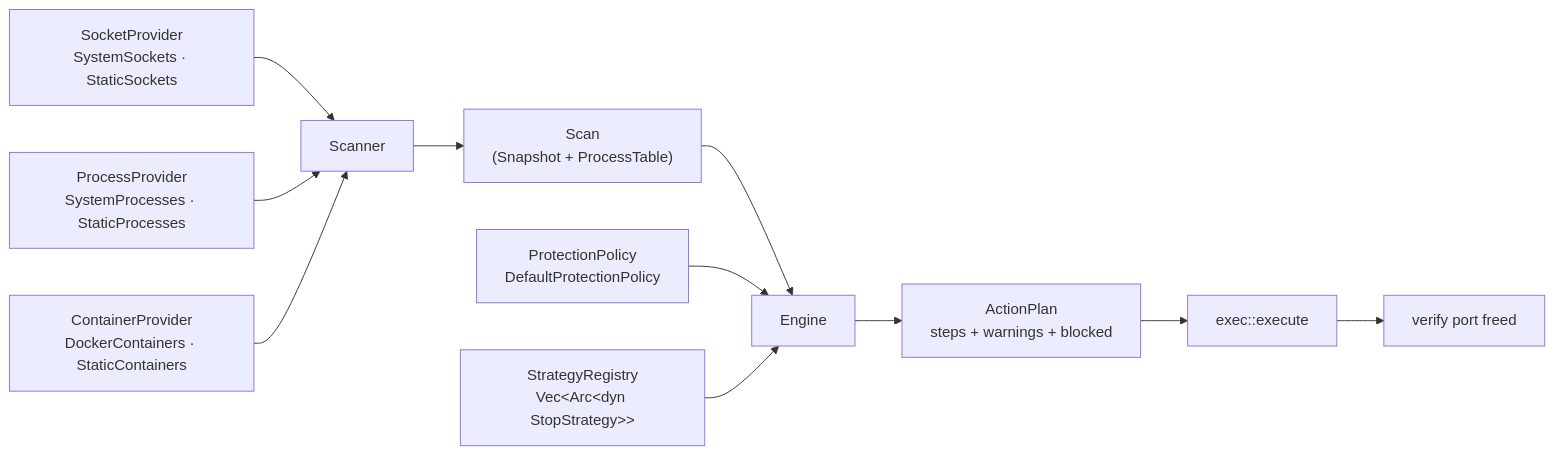
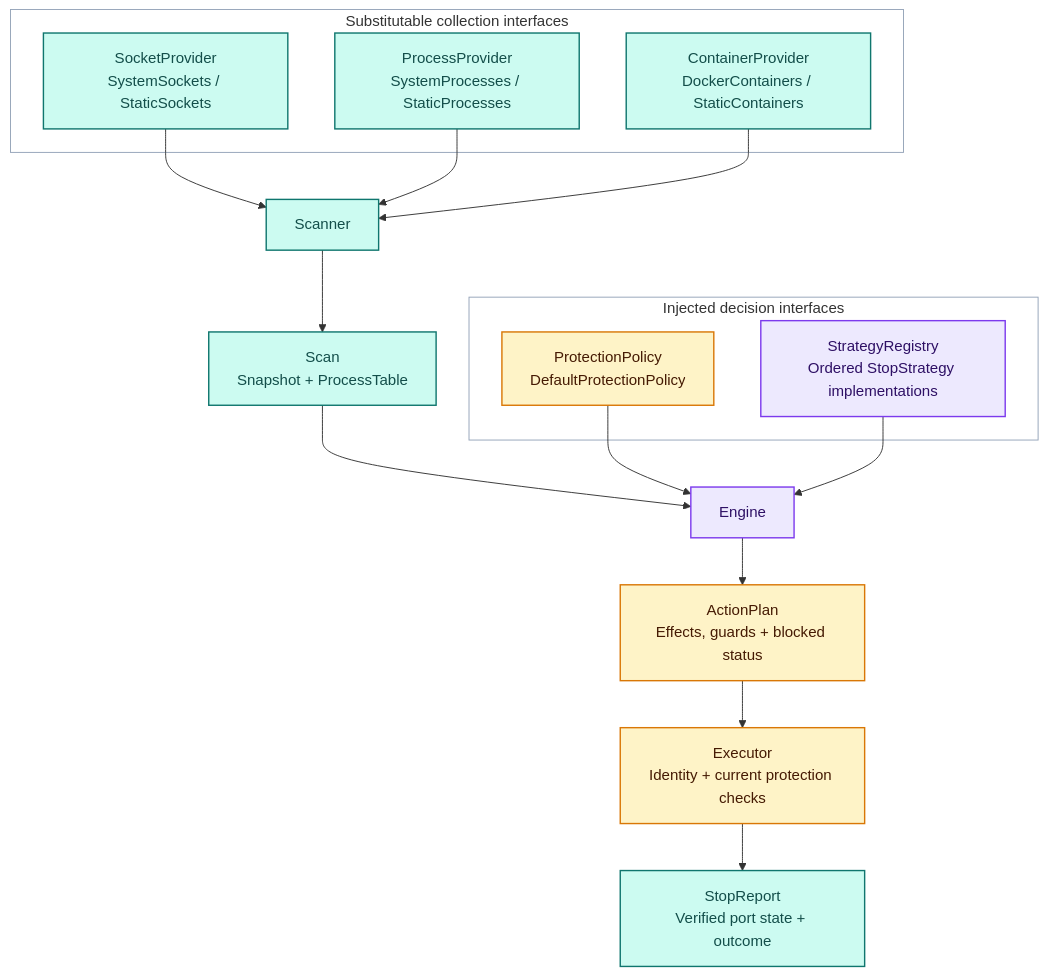
The second of 7 diagrams in docs/architecture.md (santoshshinde2012/holdmap), drawn with Mermaid before and after one commit. The commit also changed other lines of this file and 29 other files, not shown here.

First line of the commit message:
Finalize security, architecture documentation and website SEO (#21)

````diff
--- a/docs/architecture.md
+++ b/docs/architecture.md
@@ -48,13 +100,32 @@
 ```mermaid
-flowchart LR
-  SP["SocketProvider<br/>SystemSockets · StaticSockets"] --> S
-  PP["ProcessProvider<br/>SystemProcesses · StaticProcesses"] --> S
-  CP["ContainerProvider<br/>DockerContainers · StaticContainers"] --> S
-  S["Scanner"] --> SNAP["Scan<br/>(Snapshot + ProcessTable)"]
+flowchart TB
+  accTitle: Collection, planning and execution contracts
+  accDescr: System and fixture providers feed a scanner. The Engine applies injected protection and strategy interfaces. Execution checks the retained plan and verifies its result.
+
+  subgraph PROVIDERS["Substitutable collection interfaces"]
+    SP["SocketProvider<br/>SystemSockets / StaticSockets"]
+    PP["ProcessProvider<br/>SystemProcesses / StaticProcesses"]
+    CP["ContainerProvider<br/>DockerContainers / StaticContainers"]
+  end
+  subgraph POLICIES["Injected decision interfaces"]
+    POL["ProtectionPolicy<br/>DefaultProtectionPolicy"]
+    REG["StrategyRegistry<br/>Ordered StopStrategy implementations"]
+  end
+  SP & PP & CP --> S["Scanner"]
+  S --> SNAP["Scan<br/>Snapshot + ProcessTable"]
   SNAP --> E["Engine"]
-  POL["ProtectionPolicy<br/>DefaultProtectionPolicy"] --> E
-  REG["StrategyRegistry<br/>Vec&lt;Arc&lt;dyn StopStrategy&gt;&gt;"] --> E
-  E --> PLAN["ActionPlan<br/>steps + warnings + blocked"]
-  PLAN --> X["exec::execute"]
-  X --> V["verify port freed"]
+  POL & REG --> E
+  E --> PLAN["ActionPlan<br/>Effects, guards + blocked status"]
+  PLAN --> X["Executor<br/>Identity + current protection checks"]
+  X --> V["StopReport<br/>Verified port state + outcome"]
+
+  style PROVIDERS fill:transparent,stroke:#94A3B8,stroke-width:1px
+  style POLICIES fill:transparent,stroke:#94A3B8,stroke-width:1px
+
+  classDef domain fill:#EDE9FE,stroke:#7C3AED,color:#2E1065,stroke-width:1.5px
+  classDef safety fill:#FEF3C7,stroke:#D97706,color:#451A03,stroke-width:1.5px
+  classDef data fill:#CCFBF1,stroke:#0F766E,color:#134E4A,stroke-width:1.5px
+  class SP,PP,CP,S,SNAP,V data
+  class E,REG domain
+  class POL,PLAN,X safety
 ```
````
